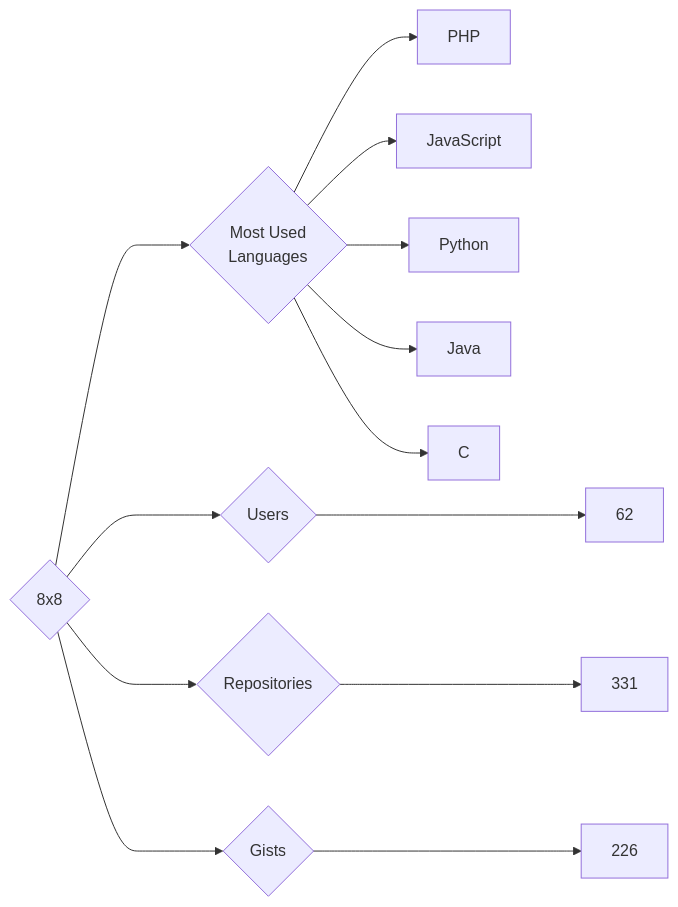
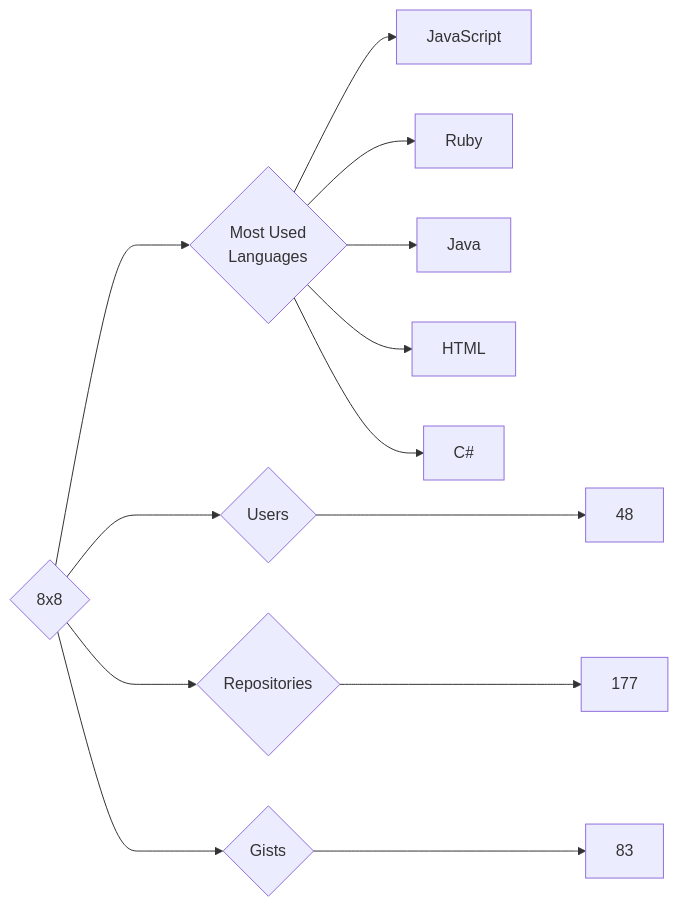
Before and after one commit to trickest/insiders: the diagram in targets/8x8/README.md, drawn with Mermaid. The commit also changed 837 other files, not shown here.

````diff
--- a/targets/8x8/README.md
+++ b/targets/8x8/README.md
@@ -3,13 +3,13 @@
 ```mermaid
 graph LR
 COMPANY_NAME{8x8}
-COMPANY_NAME ---> U{Users} ---> UN[62]
-COMPANY_NAME ---> R{Repositories} ---> RN[331]
-COMPANY_NAME ---> G{Gists} ---> GN[226]
+COMPANY_NAME ---> U{Users} ---> UN[48]
+COMPANY_NAME ---> R{Repositories} ---> RN[177]
+COMPANY_NAME ---> G{Gists} ---> GN[83]
 COMPANY_NAME ---> ML{Most Used<br>Languages}
-ML --> PHP[PHP]
 ML --> JavaScript[JavaScript]
-ML --> Python[Python]
+ML --> Ruby[Ruby]
 ML --> Java[Java]
-ML --> C[C]
+ML --> HTML[HTML]
+ML --> C#[C#]
 ```
````
